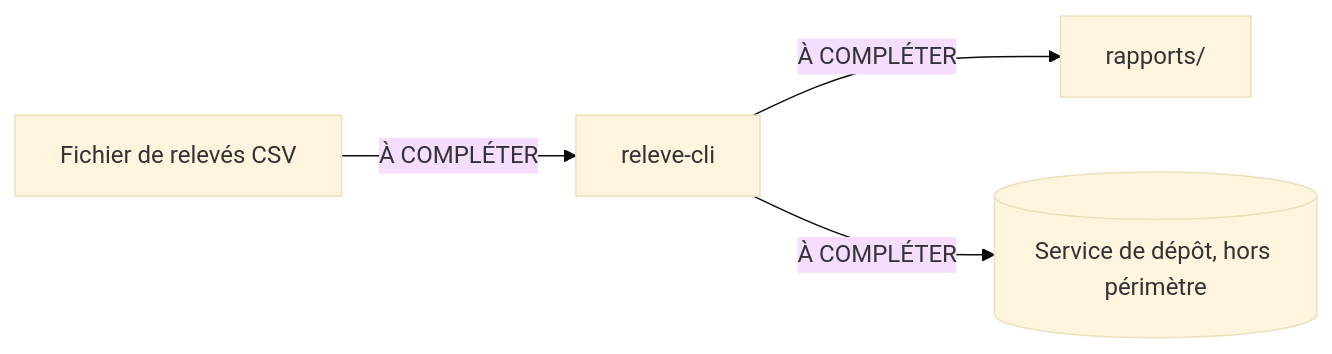
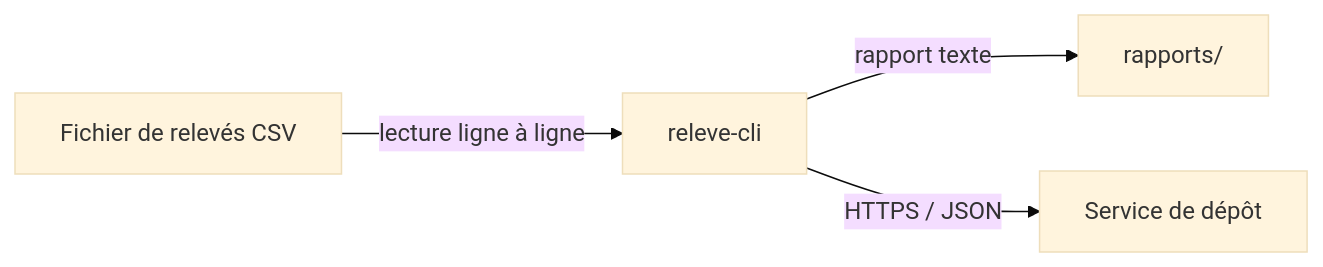
One commit to pomaxime/Client-CLI changed the diagram in docs/architecture.md. Above: the diagram before and after it, drawn with Mermaid (base theme). The commit also changed other lines of this file, not shown here.

Commit message:
[ADD] Architecture.md

````diff
--- a/docs/architecture.md
+++ b/docs/architecture.md
@@ -39,6 +59,6 @@
 ```mermaid
 flowchart LR
-  CSV[Fichier de relevés CSV] -- À COMPLÉTER --> CLI[releve-cli]
-  CLI -- À COMPLÉTER --> OUT[rapports/]
-  CLI -- À COMPLÉTER --> API[(Service de dépôt, hors périmètre)]
+  CSV[Fichier de relevés CSV] -- lecture ligne à ligne --> CLI[releve-cli]
+  CLI -- rapport texte --> OUT[rapports/]
+  CLI -- HTTPS / JSON --> API[Service de dépôt]
 ```
````
